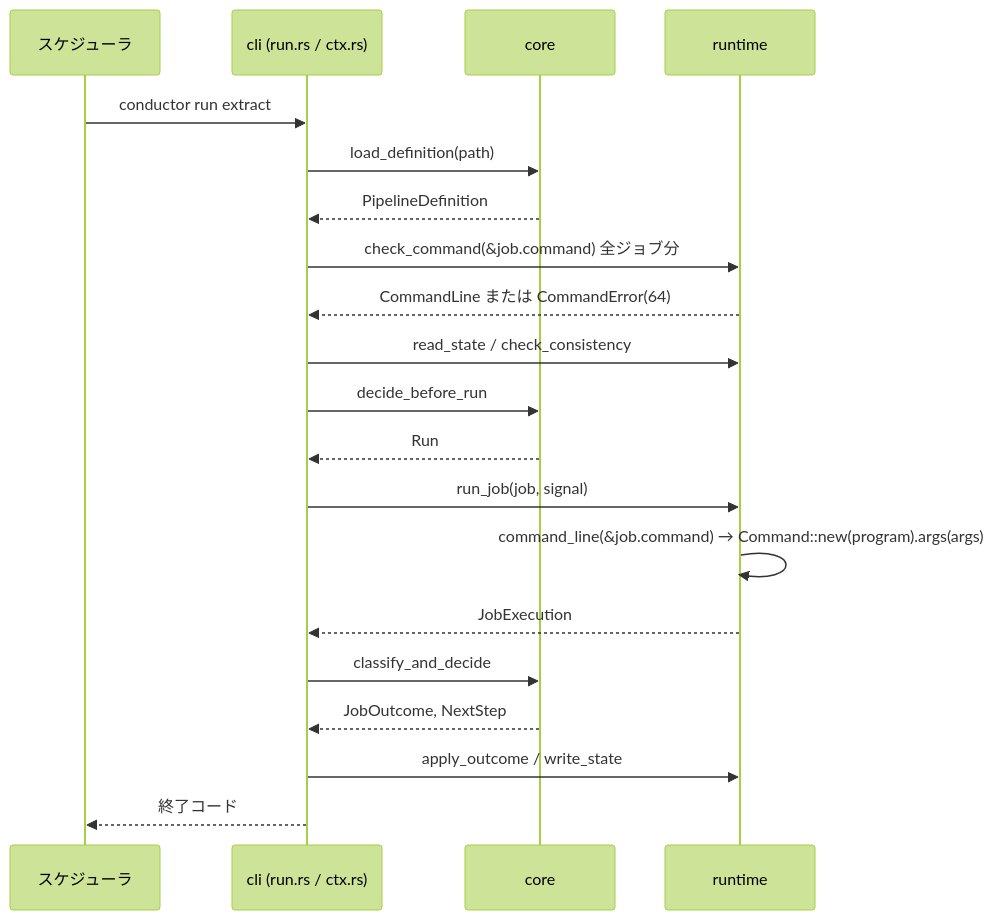
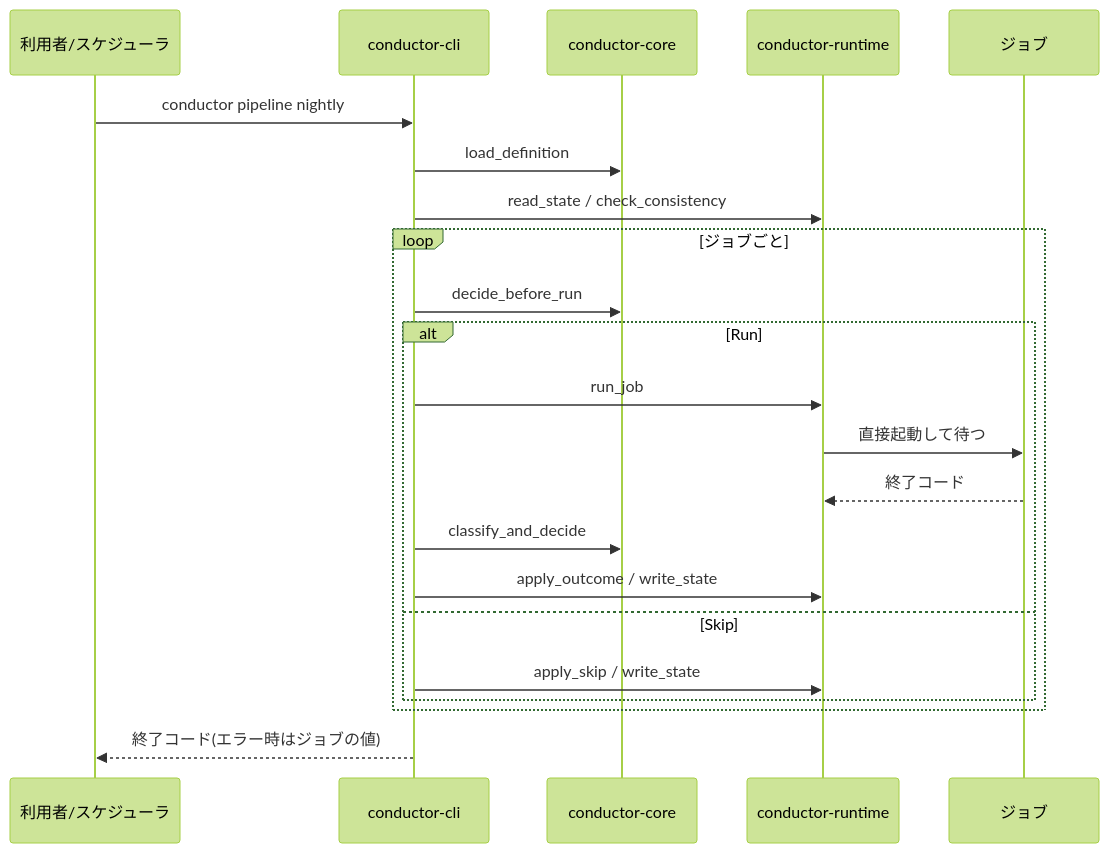
One commit to agwlvssainokuni/rust-job-conductor changed the second of 3 diagrams in aidlc/spaces/default/codekb/rust-job-conductor/architecture.md. Above: the diagram before and after it, drawn with Mermaid (forest theme). The commit also changed other lines of this file and 16 other files, not shown here.

````diff
--- a/aidlc/spaces/default/codekb/rust-job-conductor/architecture.md
+++ b/aidlc/spaces/default/codekb/rust-job-conductor/architecture.md
@@ -69,22 +40,24 @@
 ```mermaid
 sequenceDiagram
-    participant U as スケジューラ
-    participant C as cli (run.rs / ctx.rs)
-    participant K as core
-    participant R as runtime
-    U->>C: conductor run extract
-    C->>K: load_definition(path)
-    K-->>C: PipelineDefinition
-    C->>R: check_command(&job.command) 全ジョブ分
-    R-->>C: CommandLine または CommandError(64)
-    C->>R: read_state / check_consistency
+  participant U as 利用者/スケジューラ
+  participant C as conductor-cli
+  participant K as conductor-core
+  participant R as conductor-runtime
+  participant J as ジョブ
+  U->>C: conductor pipeline nightly
+  C->>K: load_definition
+  C->>R: read_state / check_consistency
+  loop ジョブごと
     C->>K: decide_before_run
-    K-->>C: Run
-    C->>R: run_job(job, signal)
-    R->>R: command_line(&job.command) → Command::new(program).args(args)
-    R-->>C: JobExecution
-    C->>K: classify_and_decide
-    K-->>C: JobOutcome, NextStep
-    C->>R: apply_outcome / write_state
-    C-->>U: 終了コード
+    alt Run
+      C->>R: run_job
+      R->>J: 直接起動して待つ
+      J-->>R: 終了コード
+      C->>K: classify_and_decide
+      C->>R: apply_outcome / write_state
+    else Skip
+      C->>R: apply_skip / write_state
+    end
+  end
+  C-->>U: 終了コード(エラー時はジョブの値)
 ```
````
